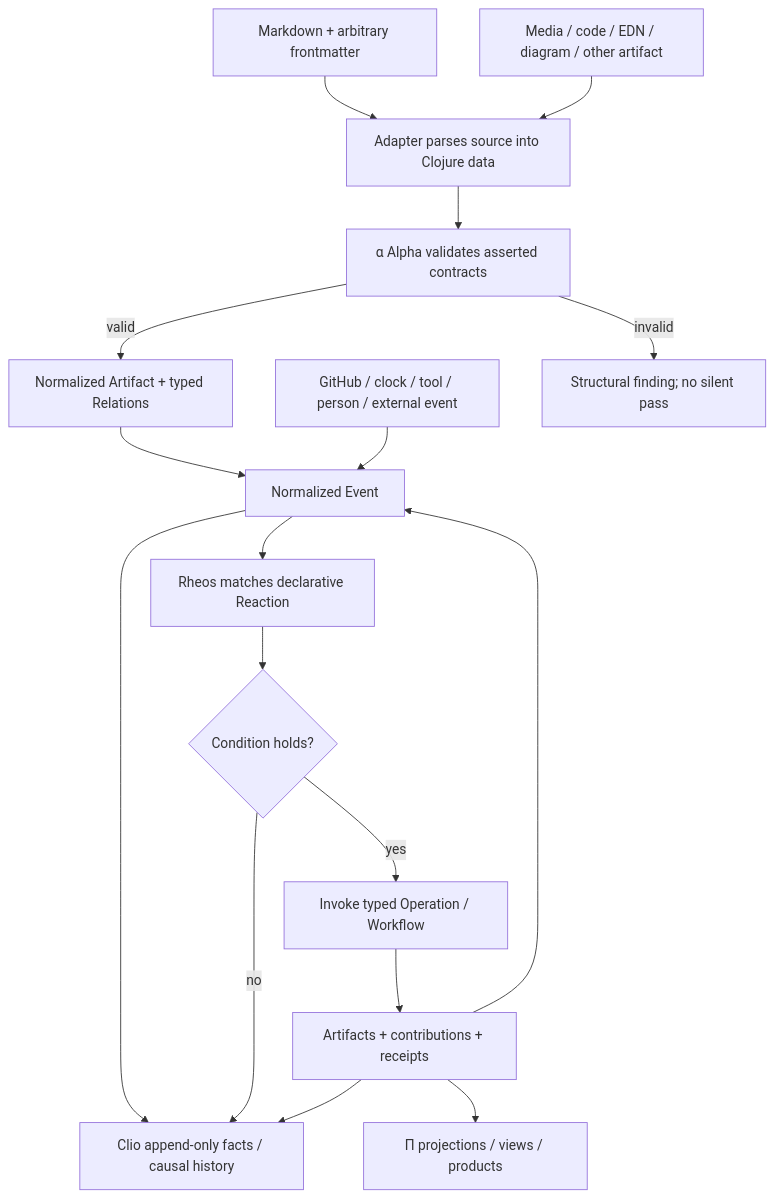
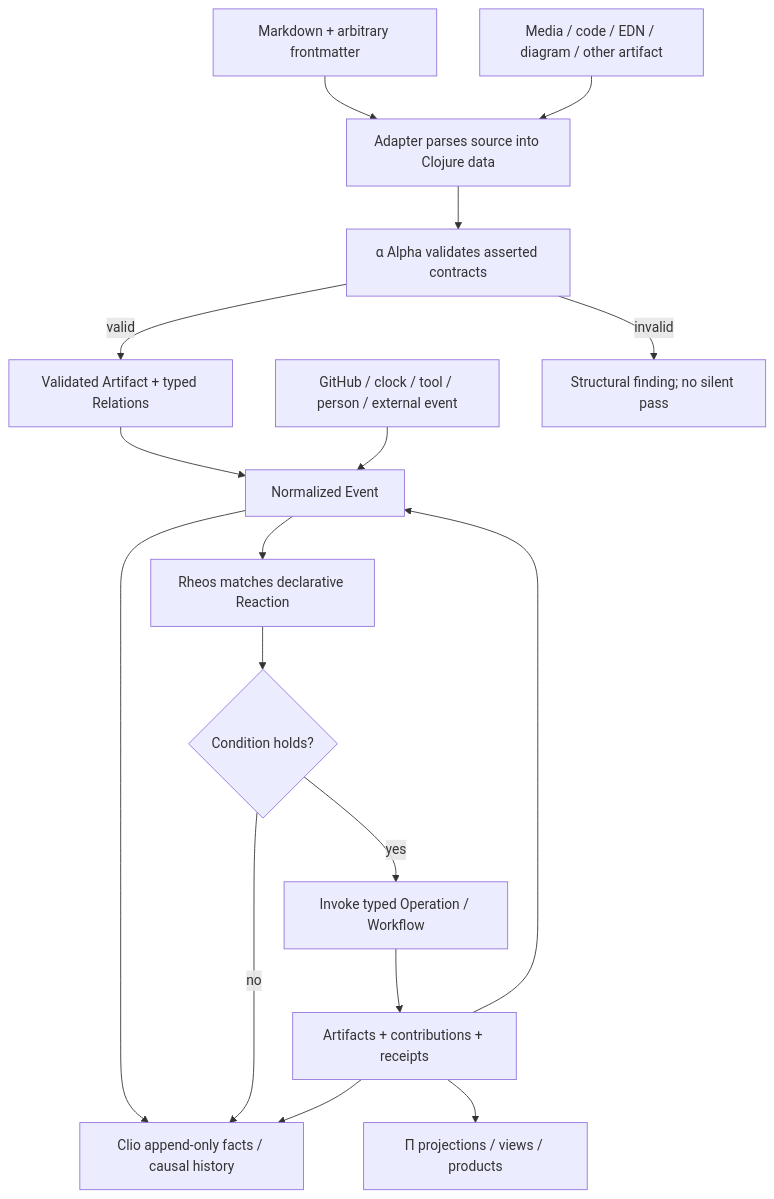
Before and after one commit to open-hax/foresight: the diagram in docs/architecture/workflows/artifact-reactive-flow.mmd, drawn with Mermaid.

Commit message:
docs(alpha): describe validation rather than normalization

```diff
--- a/docs/architecture/workflows/artifact-reactive-flow.mmd
+++ b/docs/architecture/workflows/artifact-reactive-flow.mmd
@@ -1,33 +1,33 @@
 flowchart TD
   Markdown["Markdown + arbitrary frontmatter"]
   OtherArtifact["Media / code / EDN / diagram / other artifact"]
   External["GitHub / clock / tool / person / external event"]
 
   Adapter["Adapter parses source into Clojure data"]
   Alpha["α Alpha validates asserted contracts"]
-  Artifact["Normalized Artifact + typed Relations"]
+  Artifact["Validated Artifact + typed Relations"]
   Event["Normalized Event"]
   Clio["Clio append-only facts / causal history"]
   Match["Rheos matches declarative Reaction"]
   Condition{"Condition holds?"}
   Invoke["Invoke typed Operation / Workflow"]
   Outcome["Artifacts + contributions + receipts"]
   Projection["Π projections / views / products"]
   Finding["Structural finding; no silent pass"]
 
   Markdown --> Adapter
   OtherArtifact --> Adapter
   Adapter --> Alpha
   Alpha -->|valid| Artifact
   Alpha -->|invalid| Finding
 
   Artifact --> Event
   External --> Event
   Event --> Clio
   Event --> Match --> Condition
   Condition -->|no| Clio
   Condition -->|yes| Invoke
   Invoke --> Outcome
   Outcome --> Clio
   Outcome --> Projection
   Outcome --> Event
```
